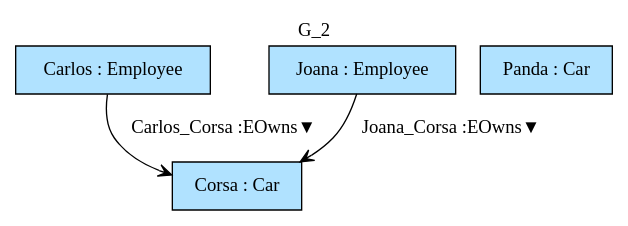
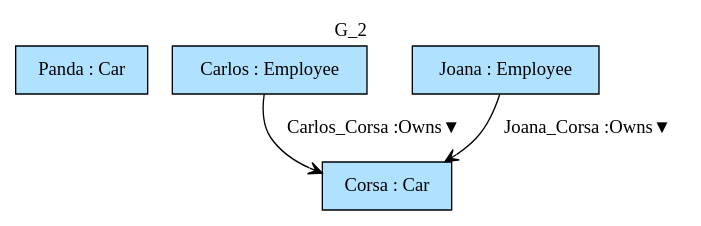
One commit to namalio/Fragmenta changed the diagram in Haskell/FragmentaTests/SGTyTests2/img/G_2.gv. Above: the diagram before and after it, drawn with Graphviz. The commit also changed 70 other files, not shown here.

```diff
--- a/Haskell/FragmentaTests/SGTyTests2/img/G_2.gv
+++ b/Haskell/FragmentaTests/SGTyTests2/img/G_2.gv
@@ -1,9 +1,9 @@
 digraph {graph[label=G_2,labelloc=tl,labelfontsize=12];
+"Panda"[shape=box,fillcolor=lightskyblue1,style = filled,label="Panda : Car"];
 "Carlos"[shape=box,fillcolor=lightskyblue1,style = filled,label="Carlos : Employee"];
 "Joana"[shape=box,fillcolor=lightskyblue1,style = filled,label="Joana : Employee"];
 "Corsa"[shape=box,fillcolor=lightskyblue1,style = filled,label="Corsa : Car"];
-"Panda"[shape=box,fillcolor=lightskyblue1,style = filled,label="Panda : Car"];
 
-"Carlos"->"Corsa"[label="Carlos_Corsa :EOwns▼",arrowhead=vee];
-"Joana"->"Corsa"[label="Joana_Corsa :EOwns▼",arrowhead=vee];
+"Carlos"->"Corsa"[label="Carlos_Corsa :Owns▼",arrowhead=vee];
+"Joana"->"Corsa"[label="Joana_Corsa :Owns▼",arrowhead=vee];
 }
```
